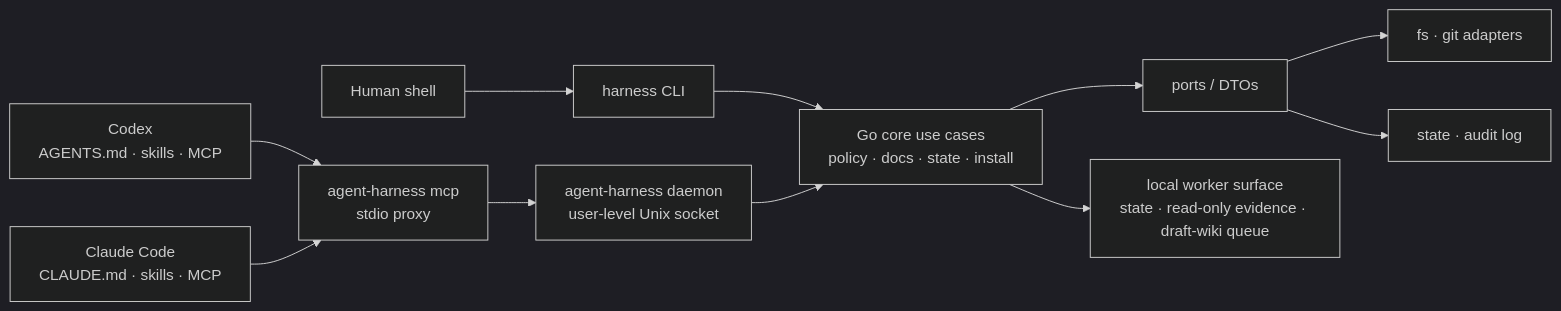
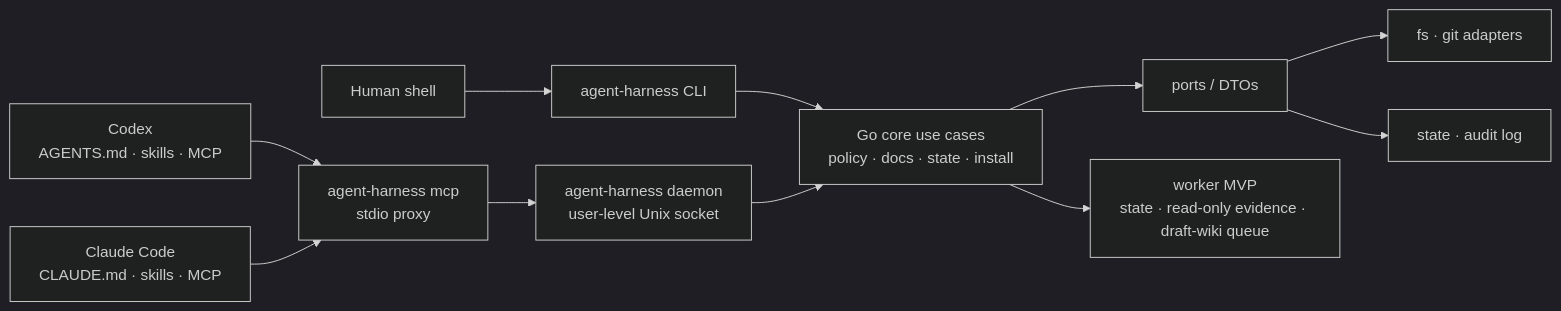
The first of 2 diagrams in README.md (m16khb-org/agent-harness), drawn with Mermaid (dark theme) before and after one commit. The commit also changed other lines of this file, not shown here.

````diff
--- a/README.md
+++ b/README.md
@@ -121,14 +91,14 @@
 ```mermaid
 flowchart LR
-    Codex[Codex\nAGENTS.md · skills · MCP] --> MCP[agent-harness mcp\nstdio proxy]
-    Claude[Claude Code\nCLAUDE.md · skills · MCP] --> MCP
-    Human[Human shell] --> CLI[harness CLI]
+    Codex[Codex<br/>AGENTS.md · skills · MCP] --> MCP[agent-harness mcp<br/>stdio proxy]
+    Claude[Claude Code<br/>CLAUDE.md · skills · MCP] --> MCP
+    Human[Human shell] --> CLI[agent-harness CLI]
 
-    MCP --> Daemon[agent-harness daemon\nuser-level Unix socket]
-    CLI --> Core[Go core use cases\npolicy · docs · state · install]
+    MCP --> Daemon[agent-harness daemon<br/>user-level Unix socket]
+    CLI --> Core[Go core use cases<br/>policy · docs · state · install]
     Daemon --> Core
     Core --> Ports[ports / DTOs]
     Ports --> FS[fs · git adapters]
     Ports --> State[state · audit log]
-    Core --> Worker[local worker surface\nstate · read-only evidence · draft-wiki queue]
+    Core --> Worker[worker MVP<br/>state · read-only evidence · draft-wiki queue]
 ```
````
